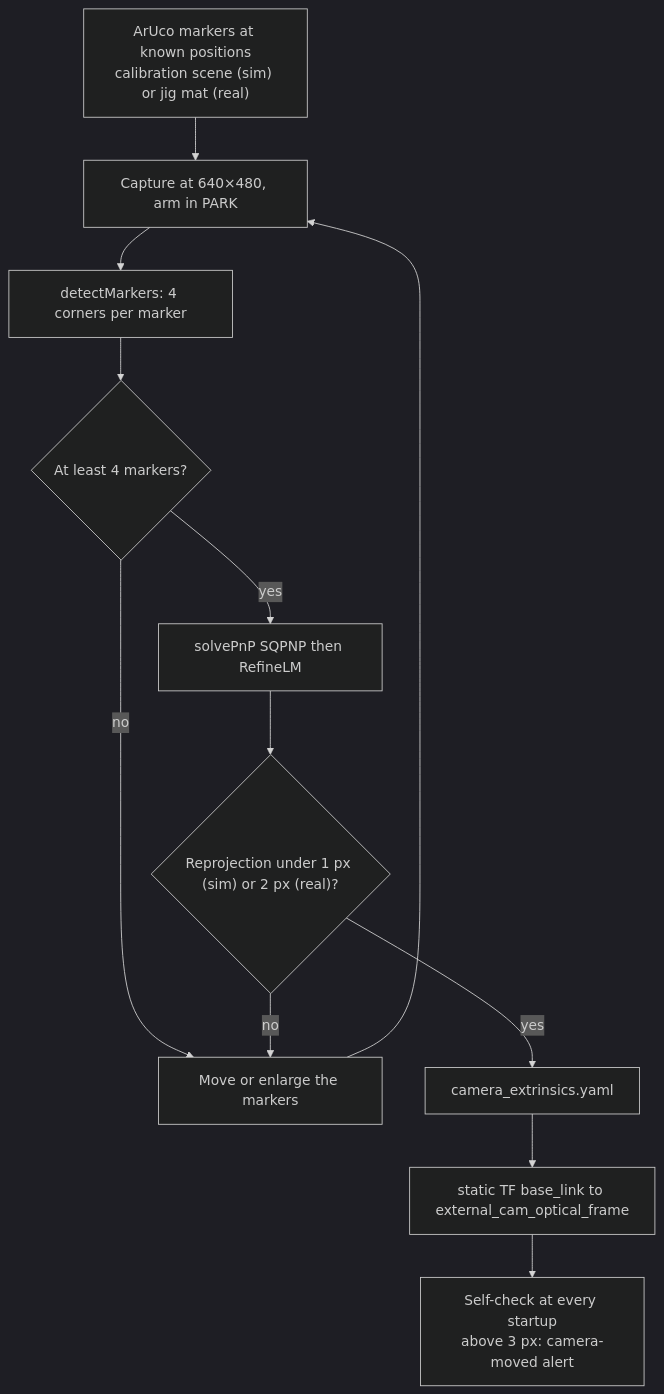
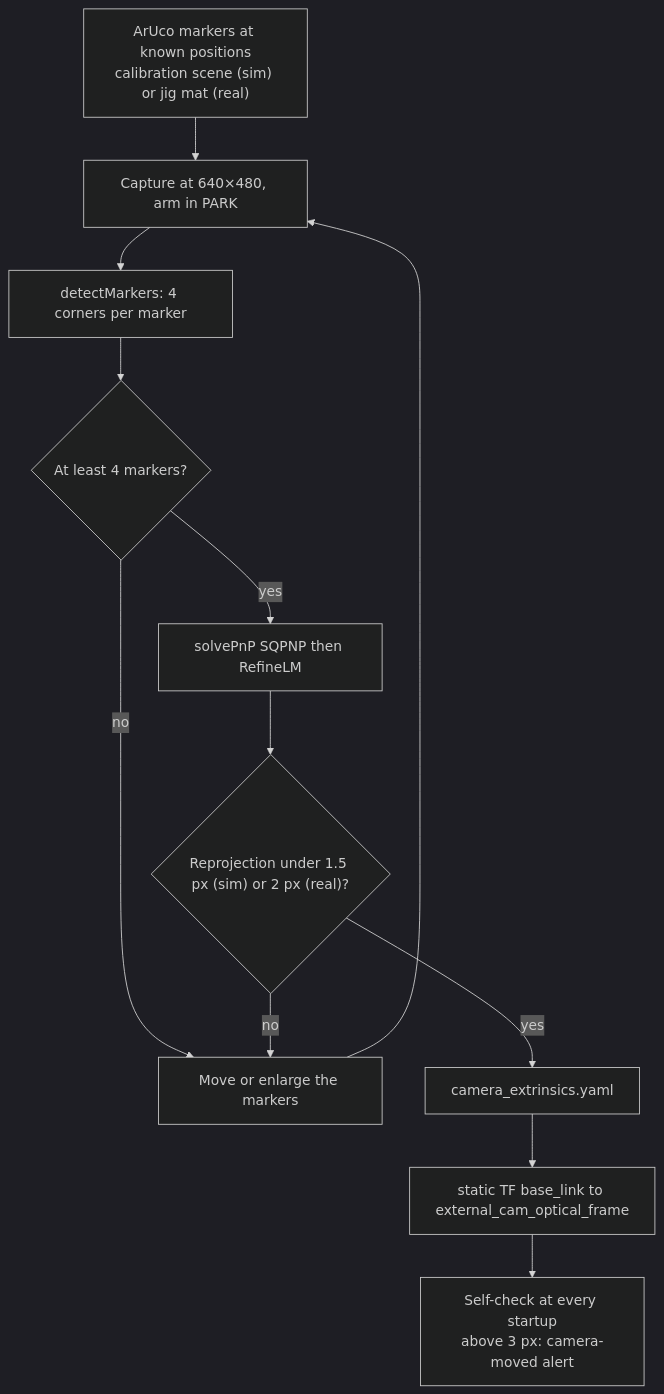
Before and after one commit to FoxaxeWasTaken/Robotics: the third of 3 diagrams in docs/project/05_perception_calibration.md, drawn with Mermaid (dark theme). The commit also changed other lines of this file and 32 other files, not shown here.

````diff
--- a/docs/project/05_perception_calibration.md
+++ b/docs/project/05_perception_calibration.md
@@ -125,13 +125,13 @@
 ```mermaid
 flowchart TD
   A["ArUco markers at known positions<br/>calibration scene (sim) or jig mat (real)"] --> B["Capture at 640×480, arm in PARK"]
   B --> C["detectMarkers: 4 corners per marker"]
   C --> D{"At least 4 markers?"}
   D -- no --> B2["Move or enlarge the markers"] --> B
   D -- yes --> E["solvePnP SQPNP then RefineLM"]
-  E --> F{"Reprojection under 1 px (sim) or 2 px (real)?"}
+  E --> F{"Reprojection under 1.5 px (sim) or 2 px (real)?"}
   F -- no --> B2
   F -- yes --> G["camera_extrinsics.yaml"]
   G --> H["static TF base_link to external_cam_optical_frame"]
   H --> I["Self-check at every startup<br/>above 3 px: camera-moved alert"]
 ```
````
